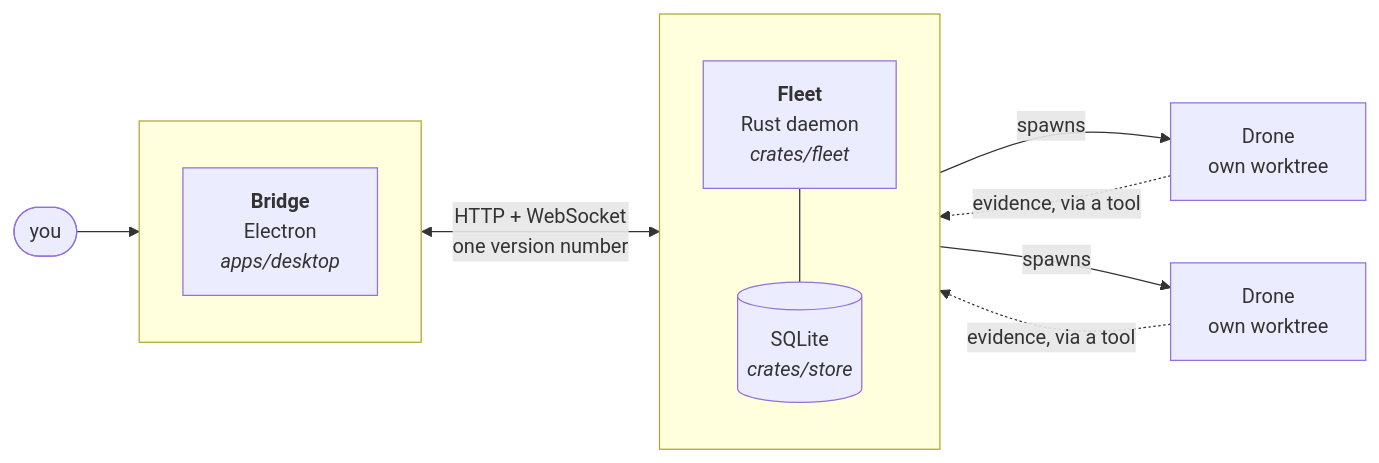
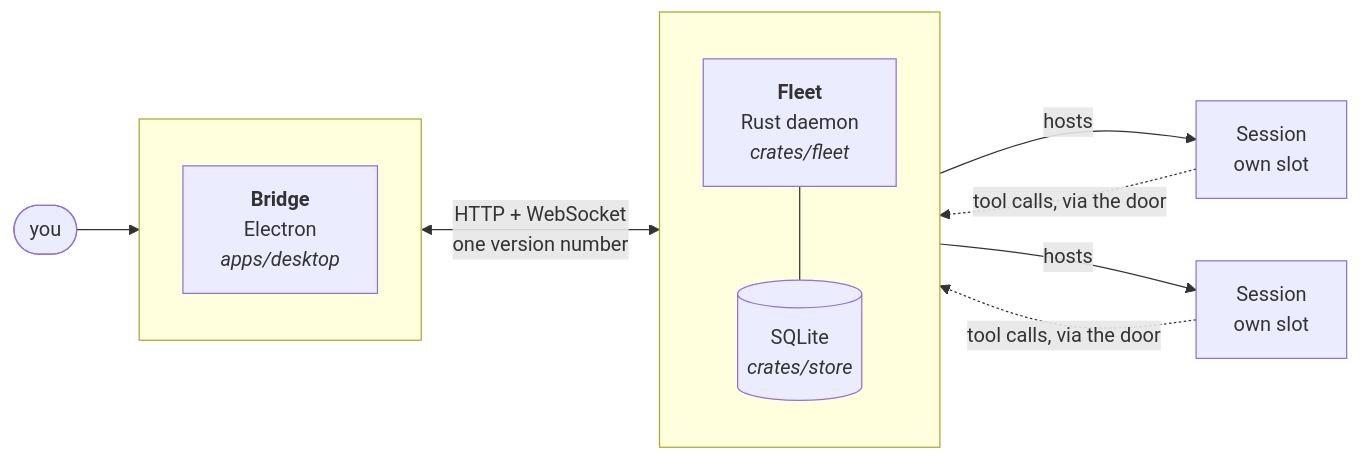
The first of 3 diagrams in ARCHITECTURE.md (Mele-Labs/armada), drawn with Mermaid before and after one commit. The commit also changed other lines of this file and 2 other files, not shown here.

First line of the commit message:
Say Sessions in the README, ARCHITECTURE and scope

````diff
--- a/ARCHITECTURE.md
+++ b/ARCHITECTURE.md
@@ -12,23 +12,23 @@
 ```mermaid
 flowchart LR
     P(["you"]) --> B
 
     subgraph desk [" "]
         direction TB
         B["<b>Bridge</b><br/>Electron<br/><i>apps/desktop</i>"]
     end
 
     B <-->|"HTTP + WebSocket<br/>one version number"| F
 
     subgraph daemon [" "]
         direction TB
         F["<b>Fleet</b><br/>Rust daemon<br/><i>crates/fleet</i>"]
         S[("SQLite<br/><i>crates/store</i>")]
         F --- S
     end
 
-    F -->|spawns| D1["Drone<br/>own worktree"]
-    F -->|spawns| D2["Drone<br/>own worktree"]
-    D1 -.->|"evidence, via a tool"| F
-    D2 -.->|"evidence, via a tool"| F
+    F -->|hosts| D1["Session<br/>own slot"]
+    F -->|hosts| D2["Session<br/>own slot"]
+    D1 -.->|"tool calls, via the door"| F
+    D2 -.->|"tool calls, via the door"| F
 ```
````
